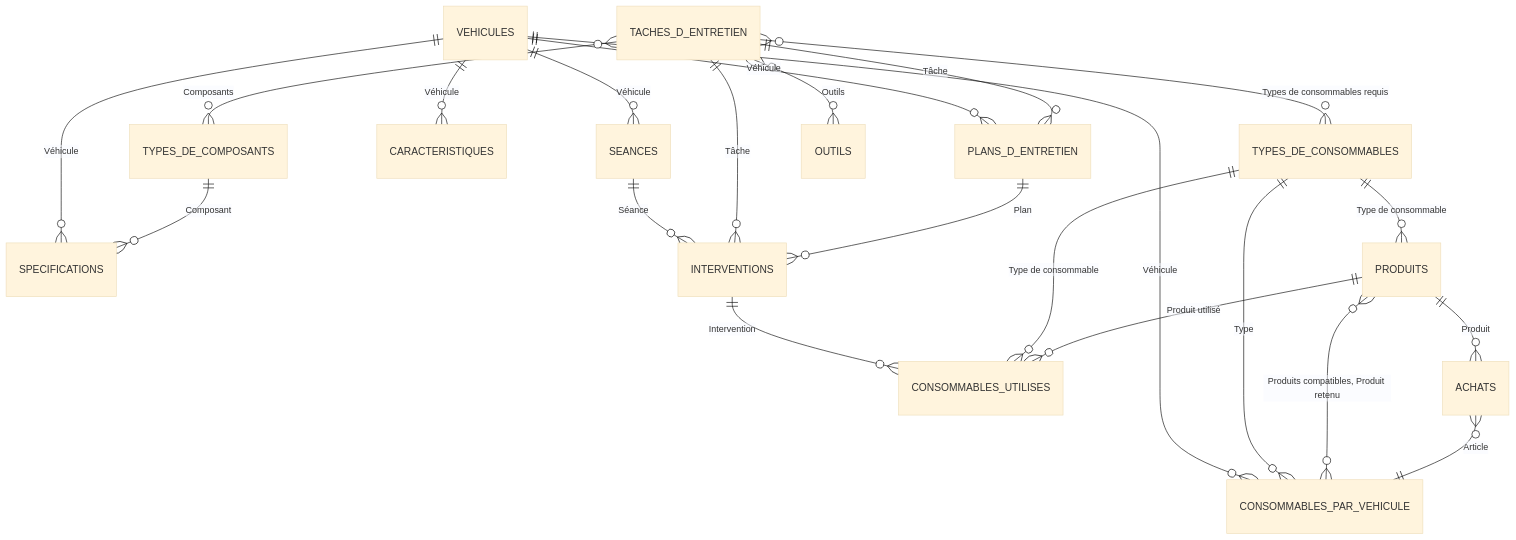
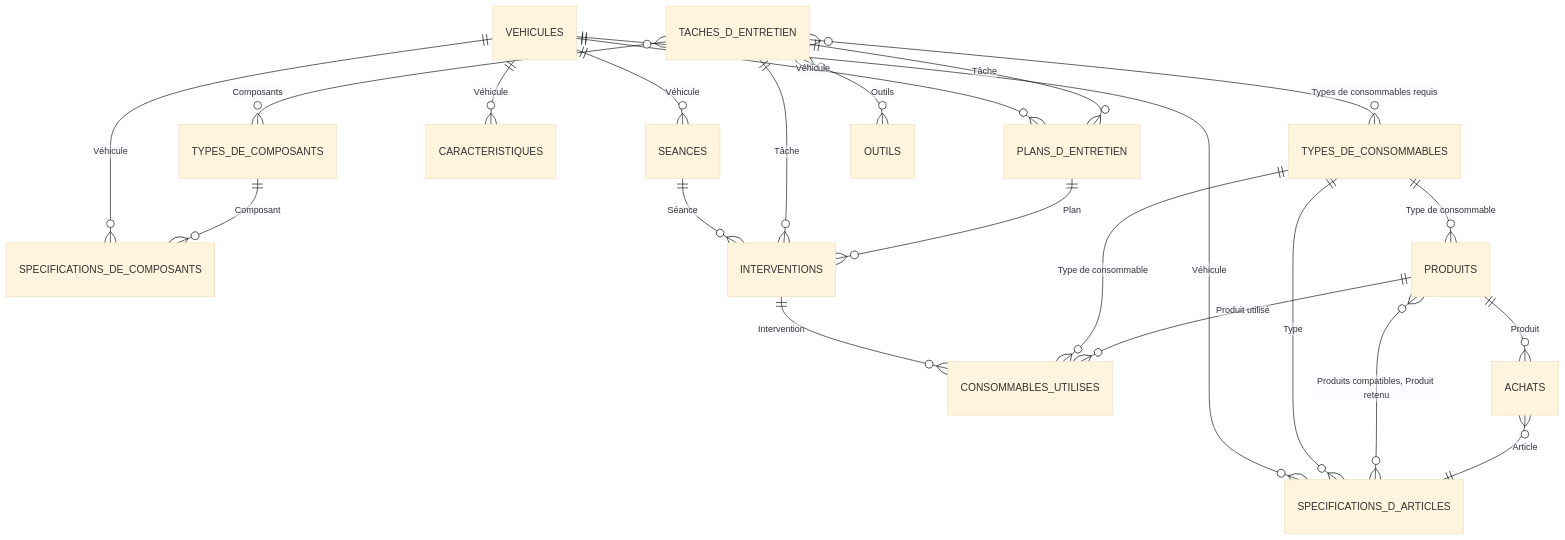
One commit to tmy-code/tmy_garage changed the diagram in docs/notion-databases.md. Above: the diagram before and after it, drawn with Mermaid (base theme). The commit also changed other lines of this file and 56 other files, not shown here.

````diff
--- a/docs/notion-databases.md
+++ b/docs/notion-databases.md
@@ -16,24 +17,24 @@
 ```mermaid
 erDiagram
-    VEHICULES ||--o{ SPECIFICATIONS : "Véhicule"
-    VEHICULES ||--o{ CONSOMMABLES_PAR_VEHICULE : "Véhicule"
+    VEHICULES ||--o{ SPECIFICATIONS_DE_COMPOSANTS : "Véhicule"
+    VEHICULES ||--o{ SPECIFICATIONS_D_ARTICLES : "Véhicule"
     VEHICULES ||--o{ PLANS_D_ENTRETIEN : "Véhicule"
     VEHICULES ||--o{ SEANCES : "Véhicule"
     VEHICULES ||--o{ CARACTERISTIQUES : "Véhicule"
     TACHES_D_ENTRETIEN ||--o{ PLANS_D_ENTRETIEN : "Tâche"
     TACHES_D_ENTRETIEN }o--o{ TYPES_DE_CONSOMMABLES : "Types de consommables requis"
     TACHES_D_ENTRETIEN }o--o{ TYPES_DE_COMPOSANTS : "Composants"
     TACHES_D_ENTRETIEN }o--o{ OUTILS : "Outils"
-    TYPES_DE_COMPOSANTS ||--o{ SPECIFICATIONS : "Composant"
+    TYPES_DE_COMPOSANTS ||--o{ SPECIFICATIONS_DE_COMPOSANTS : "Composant"
     TYPES_DE_CONSOMMABLES ||--o{ PRODUITS : "Type de consommable"
-    TYPES_DE_CONSOMMABLES ||--o{ CONSOMMABLES_PAR_VEHICULE : "Type"
-    PRODUITS }o--o{ CONSOMMABLES_PAR_VEHICULE : "Produits compatibles, Produit retenu"
+    TYPES_DE_CONSOMMABLES ||--o{ SPECIFICATIONS_D_ARTICLES : "Type"
+    PRODUITS }o--o{ SPECIFICATIONS_D_ARTICLES : "Produits compatibles, Produit retenu"
     SEANCES ||--o{ INTERVENTIONS : "Séance"
     TACHES_D_ENTRETIEN ||--o{ INTERVENTIONS : "Tâche"
     PLANS_D_ENTRETIEN ||--o{ INTERVENTIONS : "Plan"
     INTERVENTIONS ||--o{ CONSOMMABLES_UTILISES : "Intervention"
     TYPES_DE_CONSOMMABLES ||--o{ CONSOMMABLES_UTILISES : "Type de consommable"
     PRODUITS ||--o{ CONSOMMABLES_UTILISES : "Produit utilisé"
-    ACHATS }o--|| CONSOMMABLES_PAR_VEHICULE : "Article"
+    ACHATS }o--|| SPECIFICATIONS_D_ARTICLES : "Article"
     PRODUITS ||--o{ ACHATS : "Produit"
 ```
````
